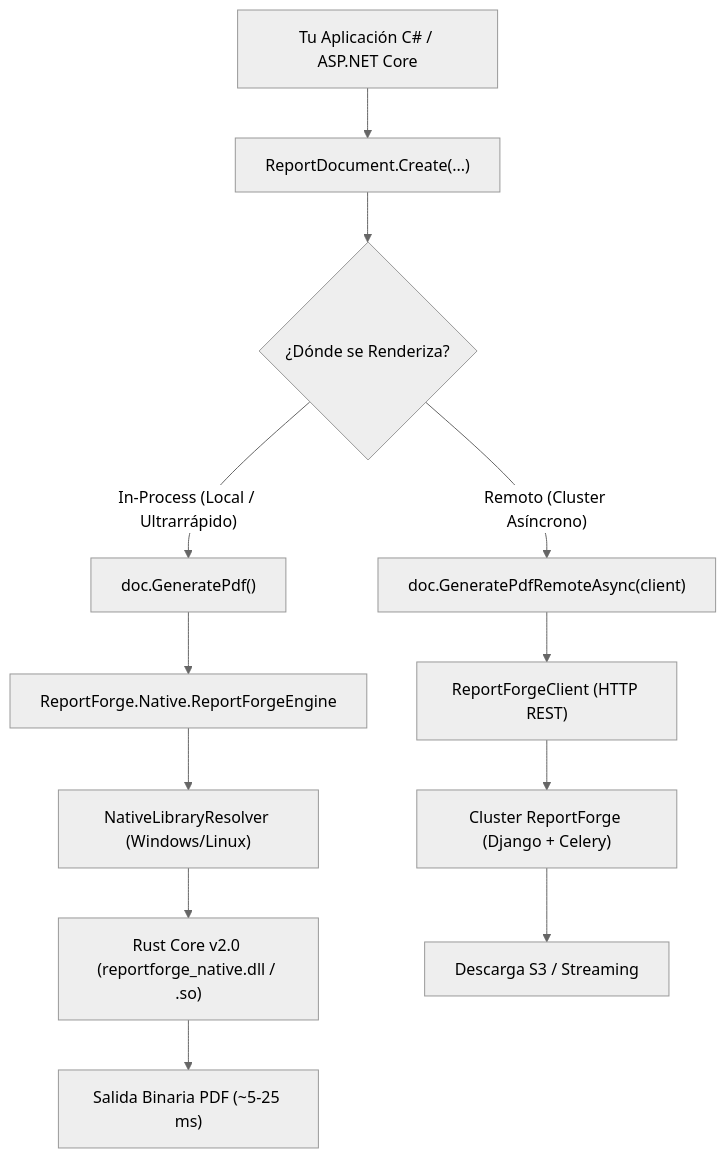
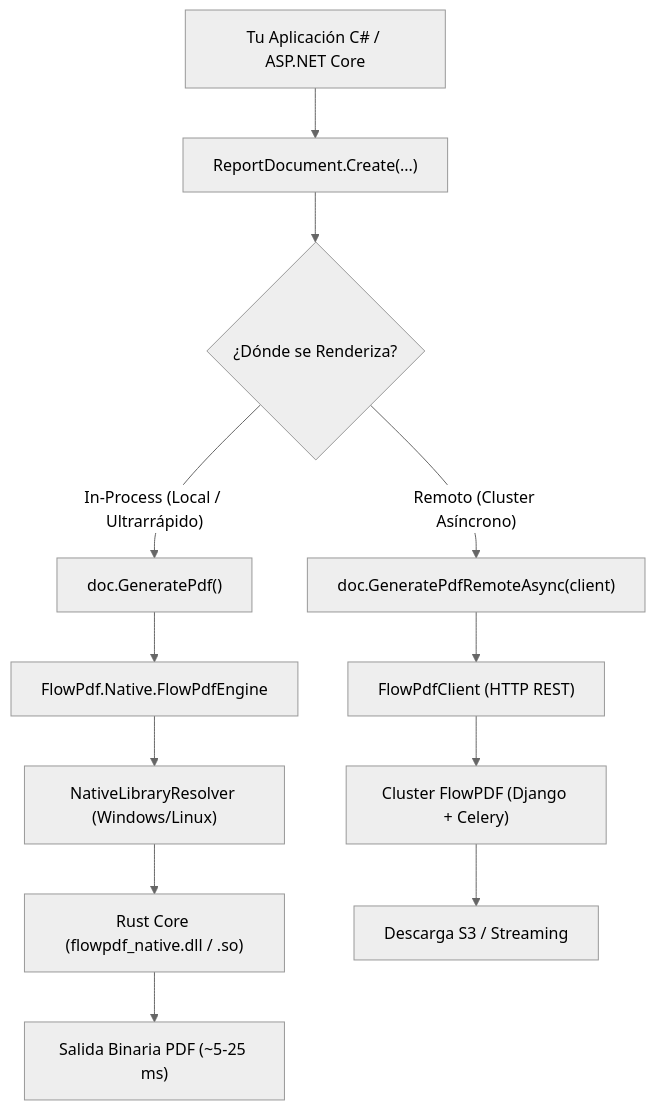
One commit to CodePro47RD/FlowPDF changed the diagram in docs/NUGET_CSHARP_MANUAL.md. Above: the diagram before and after it, drawn with Mermaid (neutral theme). The commit also changed other lines of this file and 192 other files, not shown here.

````diff
--- a/docs/NUGET_CSHARP_MANUAL.md
+++ b/docs/NUGET_CSHARP_MANUAL.md
@@ -80,16 +80,16 @@
 ```mermaid
 flowchart TD
     A["Tu Aplicación C# / ASP.NET Core"] --> B["ReportDocument.Create(...)"]
     B --> C{"¿Dónde se Renderiza?"}
     
     C -->|"In-Process (Local / Ultrarrápido)"| D["doc.GeneratePdf()"]
-    D --> E["ReportForge.Native.ReportForgeEngine"]
+    D --> E["FlowPdf.Native.FlowPdfEngine"]
     E --> F["NativeLibraryResolver (Windows/Linux)"]
-    F --> G["Rust Core v2.0 (reportforge_native.dll / .so)"]
+    F --> G["Rust Core (flowpdf_native.dll / .so)"]
     G --> H["Salida Binaria PDF (~5-25 ms)"]
 
     C -->|"Remoto (Cluster Asíncrono)"| I["doc.GeneratePdfRemoteAsync(client)"]
-    I --> J["ReportForgeClient (HTTP REST)"]
-    J --> K["Cluster ReportForge (Django + Celery)"]
+    I --> J["FlowPdfClient (HTTP REST)"]
+    J --> K["Cluster FlowPDF (Django + Celery)"]
     K --> L["Descarga S3 / Streaming"]
 ```
````
